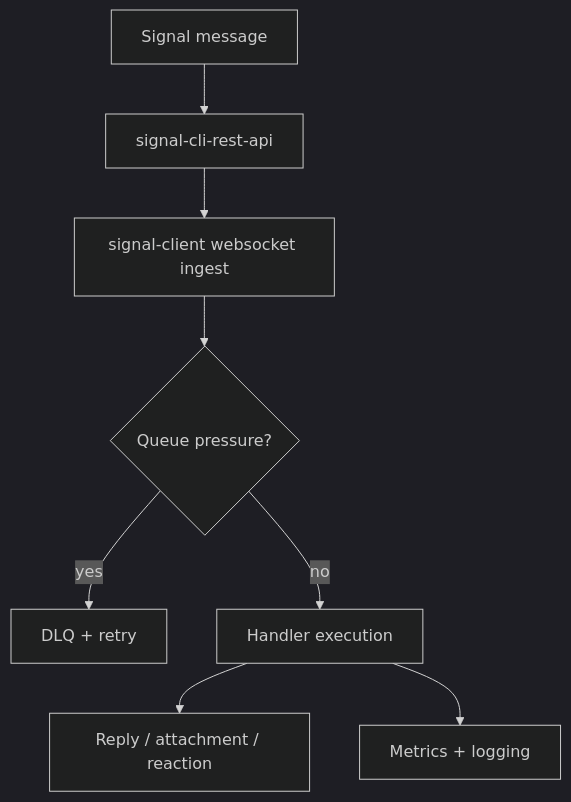
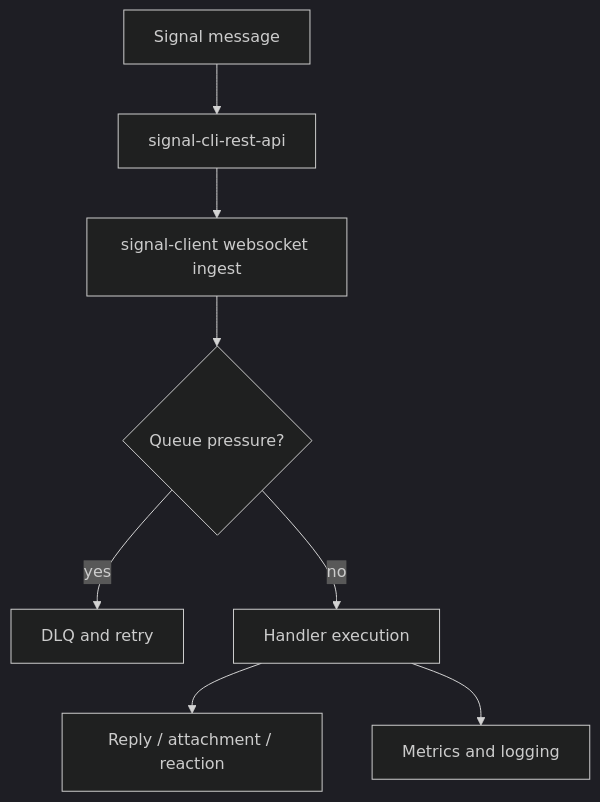
Before and after one commit to cornellshakh/signal-client: the diagram in docs/index.md, drawn with Mermaid (dark theme). The commit also changed other lines of this file and 8 other files, not shown here.

````diff
--- a/docs/index.md
+++ b/docs/index.md
@@ -71,10 +67,10 @@
 ```mermaid
 flowchart TD
-    A[Signal message] --> B[signal-cli-rest-api]
-    B --> C[signal-client websocket ingest]
-    C --> D{Queue pressure?}
-    D -- yes --> E[DLQ + retry]
-    D -- no --> F[Handler execution]
-    F --> G[Reply / attachment / reaction]
-    F --> H[Metrics + logging]
+    signal[Signal message] --> rest[signal-cli-rest-api]
+    rest --> ingest[signal-client websocket ingest]
+    ingest --> pressure{Queue pressure?}
+    pressure -- yes --> dlq[DLQ and retry]
+    pressure -- no --> handler[Handler execution]
+    handler --> reply[Reply / attachment / reaction]
+    handler --> metrics[Metrics and logging]
 ```
````
